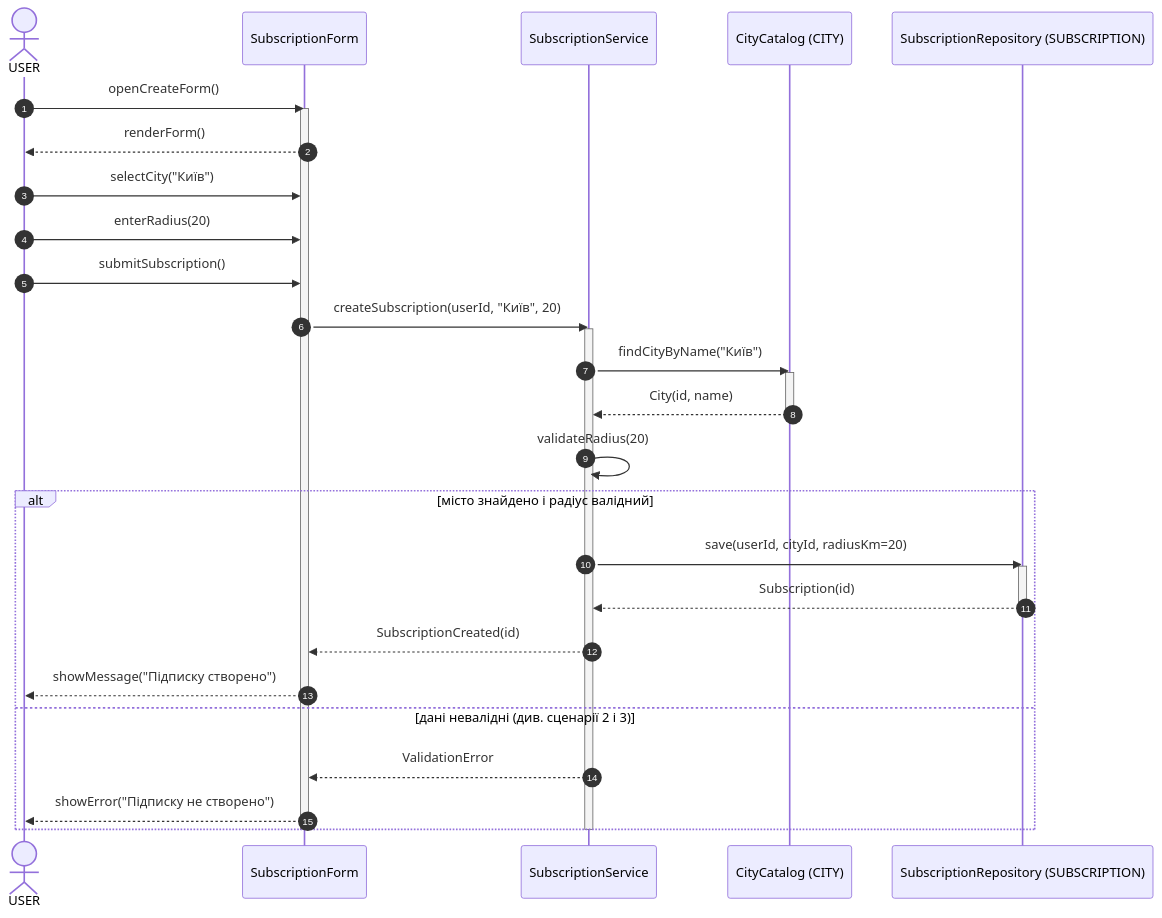
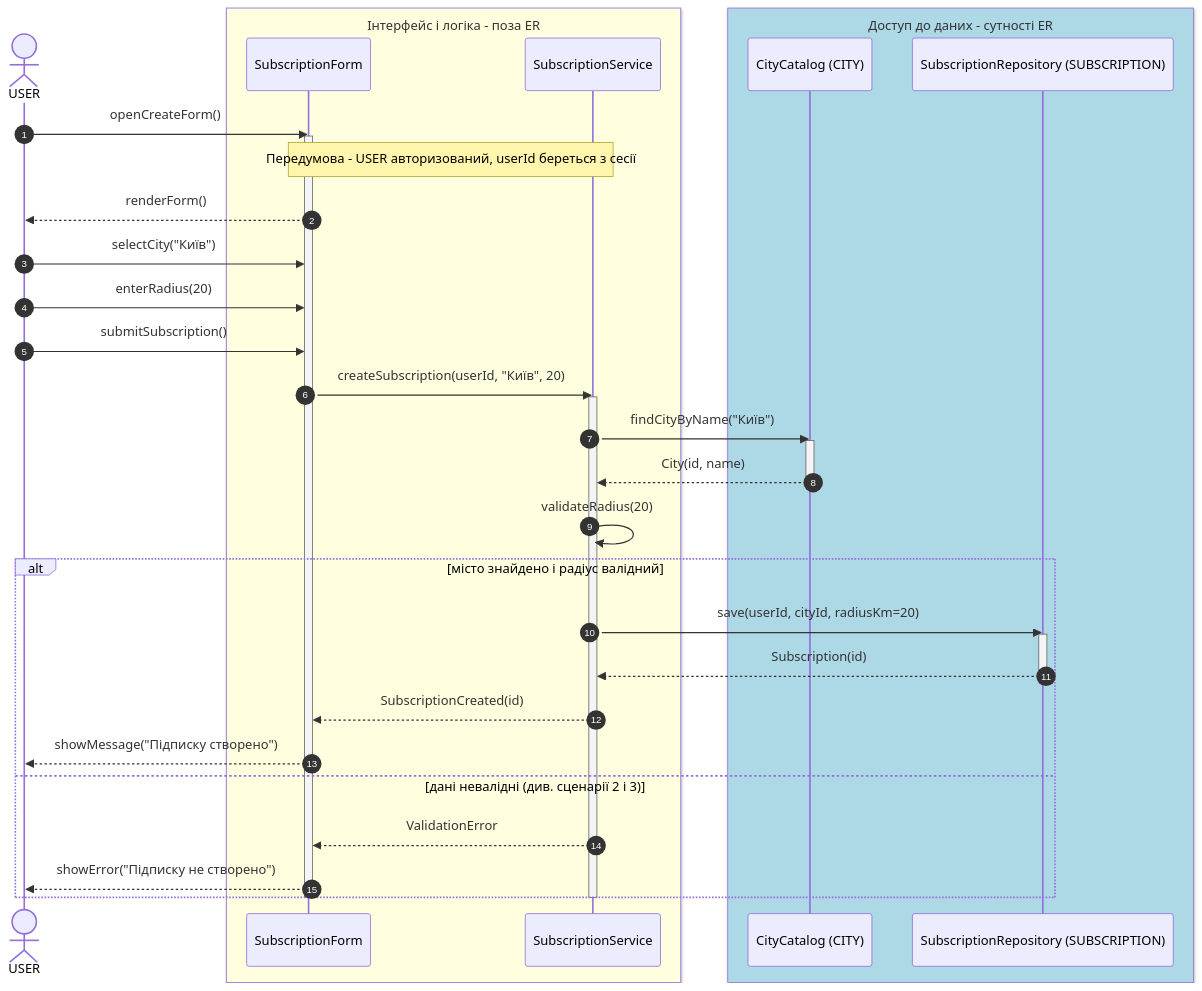
The diagram in lab3/scenario1.mmd (acabzonbi/aerial-target-track1), drawn with Mermaid before and after one commit. The commit also changed 3 other files, not shown here.

Commit message:
створив таблицю для учасників та виправив розбіжність: учасники діаграм і ER-модель не збігалися повністю

```diff
--- a/lab3/scenario1.mmd
+++ b/lab3/scenario1.mmd
@@ -1,36 +1,41 @@
 sequenceDiagram
     autonumber
     actor U as USER
-    participant F as SubscriptionForm
-    participant S as SubscriptionService
-    participant C as CityCatalog (CITY)
-    participant R as SubscriptionRepository (SUBSCRIPTION)
+    box LightYellow Інтерфейс і логіка - поза ER
+        participant F as SubscriptionForm
+        participant S as SubscriptionService
+    end
+    box LightBlue Доступ до даних - сутності ER
+        participant C as CityCatalog (CITY)
+        participant R as SubscriptionRepository (SUBSCRIPTION)
+    end
 
     U->>F: openCreateForm()
     activate F
+    Note over F,S: Передумова - USER авторизований, userId береться з сесії
     F-->>U: renderForm()
     U->>F: selectCity("Київ")
     U->>F: enterRadius(20)
     U->>F: submitSubscription()
     F->>S: createSubscription(userId, "Київ", 20)
     activate S
     S->>C: findCityByName("Київ")
     activate C
     C-->>S: City(id, name)
     deactivate C
     S->>S: validateRadius(20)
 
     alt місто знайдено і радіус валідний
         S->>R: save(userId, cityId, radiusKm=20)
         activate R
         R-->>S: Subscription(id)
         deactivate R
         S-->>F: SubscriptionCreated(id)
         F-->>U: showMessage("Підписку створено")
     else дані невалідні (див. сценарії 2 і 3)
         S-->>F: ValidationError
         F-->>U: showError("Підписку не створено")
     end
 
     deactivate S
     deactivate F
```
